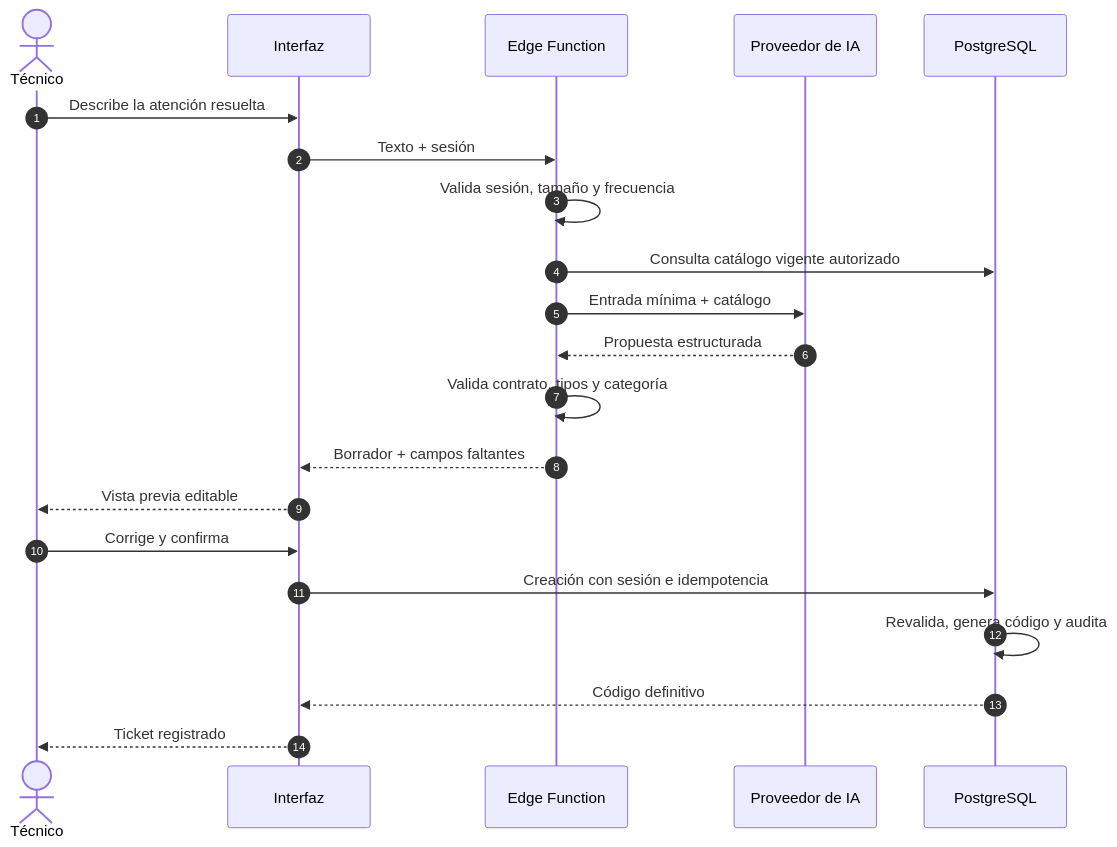
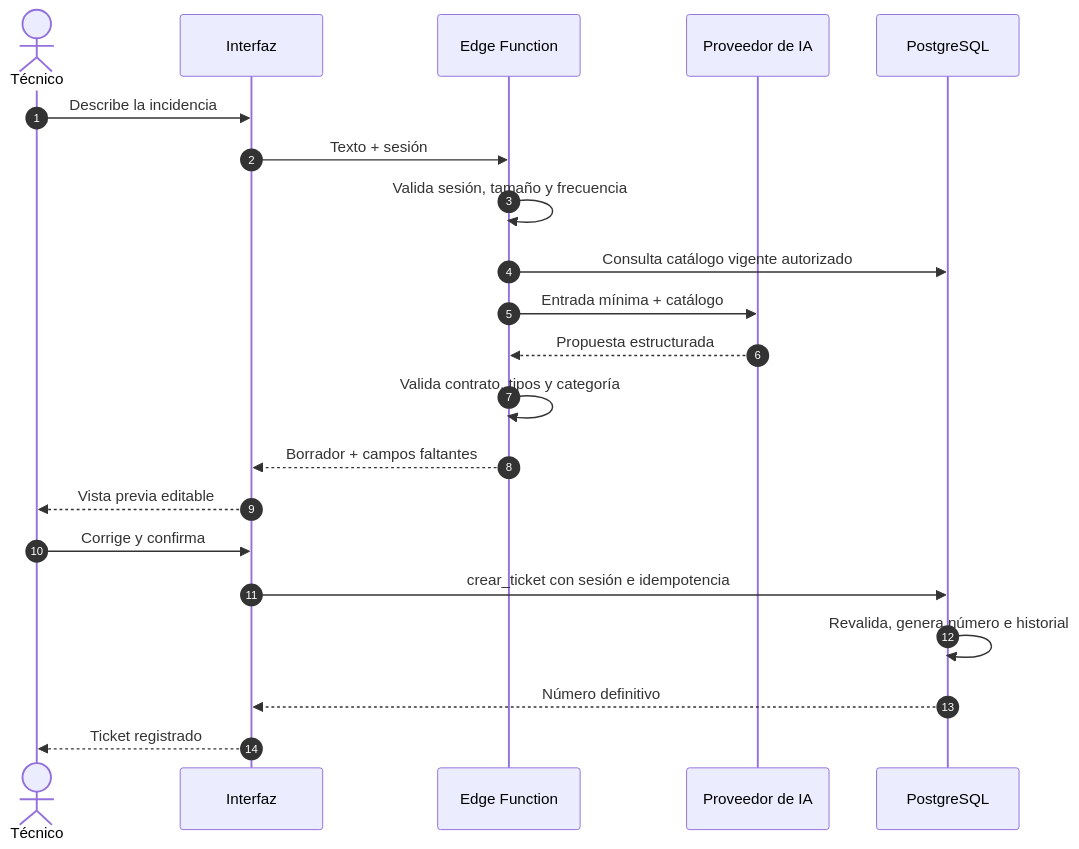
Before and after one commit to amena-otto/ti-smartdesk-ai: the fourth of 4 diagrams in docs/architecture.md, drawn with Mermaid. The commit also changed other lines of this file and 55 other files, not shown here.

````diff
--- a/docs/architecture.md
+++ b/docs/architecture.md
@@ -159,24 +189,24 @@
 ```mermaid
 sequenceDiagram
   autonumber
   actor T as Técnico
   participant UI as Interfaz
   participant E as Edge Function
   participant P as Proveedor de IA
   participant DB as PostgreSQL
 
-  T->>UI: Describe la atención resuelta
+  T->>UI: Describe la incidencia
   UI->>E: Texto + sesión
   E->>E: Valida sesión, tamaño y frecuencia
   E->>DB: Consulta catálogo vigente autorizado
   E->>P: Entrada mínima + catálogo
   P-->>E: Propuesta estructurada
   E->>E: Valida contrato, tipos y categoría
   E-->>UI: Borrador + campos faltantes
   UI-->>T: Vista previa editable
   T->>UI: Corrige y confirma
-  UI->>DB: Creación con sesión e idempotencia
-  DB->>DB: Revalida, genera código y audita
-  DB-->>UI: Código definitivo
+  UI->>DB: crear_ticket con sesión e idempotencia
+  DB->>DB: Revalida, genera número e historial
+  DB-->>UI: Número definitivo
   UI-->>T: Ticket registrado
 ```
````
